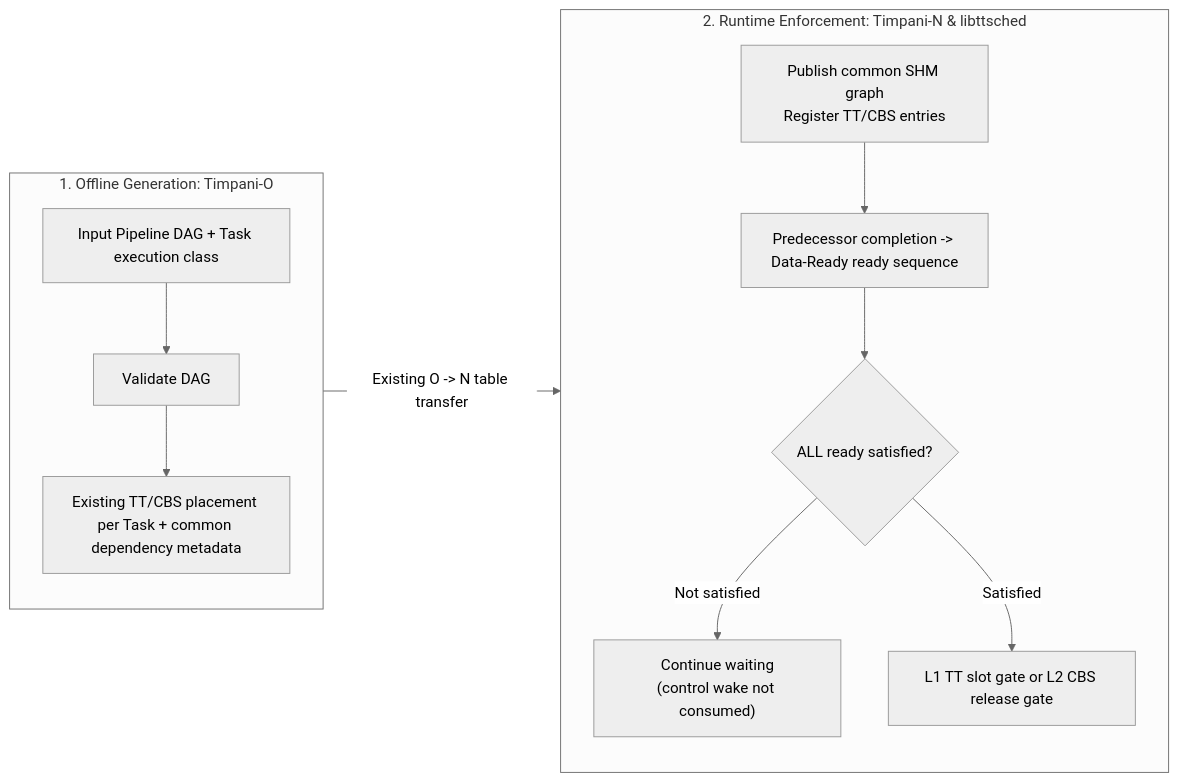
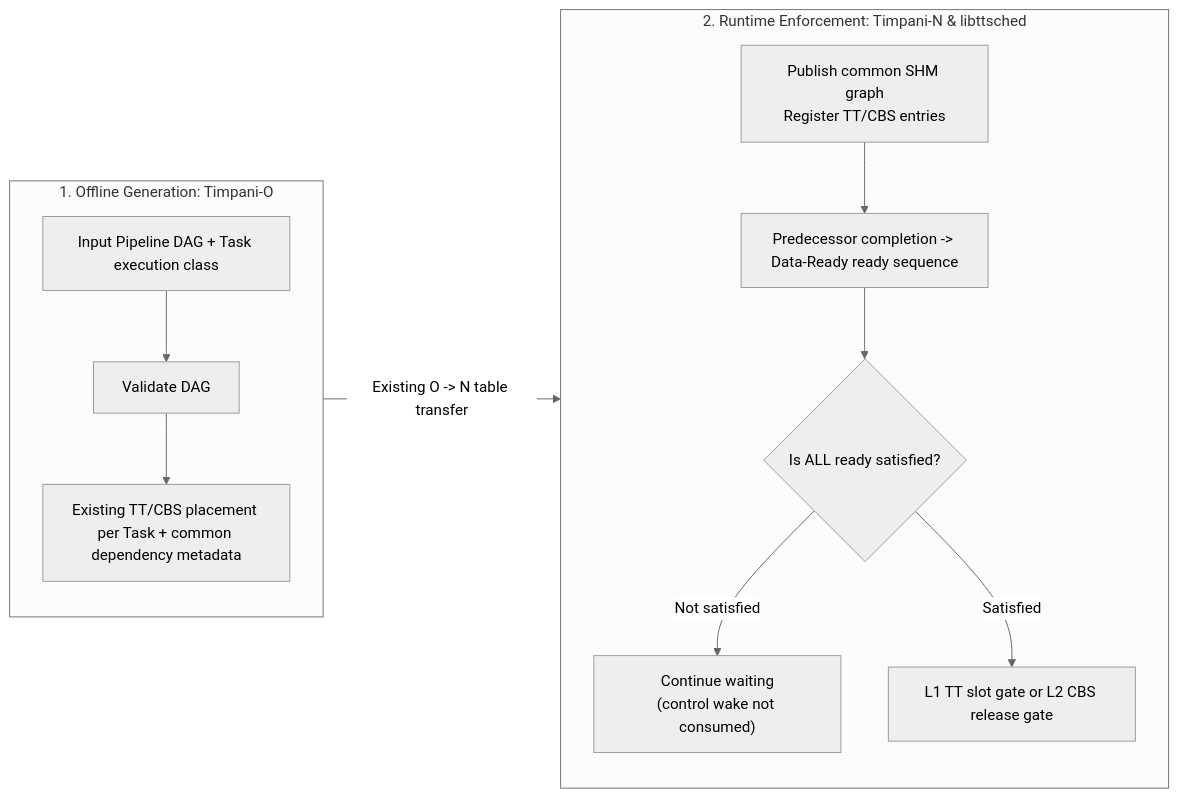
Before and after one commit to akshayg0314/timpani26: the first of 2 diagrams in doc/design/REQ-009-data-driven-workload.md, drawn with Mermaid (neutral theme). The commit also changed other lines of this file and 11 other files, not shown here.

````diff
--- a/doc/design/REQ-009-data-driven-workload.md
+++ b/doc/design/REQ-009-data-driven-workload.md
@@ -49,24 +51,24 @@
 ```mermaid
 flowchart LR
     subgraph Offline["1. Offline Generation: Timpani-O"]
         direction TB
         O1["Input Pipeline DAG + Task execution class"]
         O2["Validate DAG"]
         O3["Existing TT/CBS placement per Task + common dependency metadata"]
         O1 --> O2 --> O3
     end
 
     subgraph Runtime["2. Runtime Enforcement: Timpani-N & libttsched"]
         direction TB
         R1["Publish common SHM graph<br/>Register TT/CBS entries"]
         R2["Predecessor completion -> Data-Ready ready sequence"]
-        R3{"ALL ready satisfied?"}
+        R3{"Is ALL ready satisfied?"}
         R4["Continue waiting<br/>(control wake not consumed)"]
         R5["L1 TT slot gate or L2 CBS release gate"]
         R1 --> R2 --> R3
         R3 -- "Not satisfied" --> R4
         R3 -- "Satisfied" --> R5
     end
 
     Offline -->|"Existing O -> N table transfer"| Runtime
 ```
````
